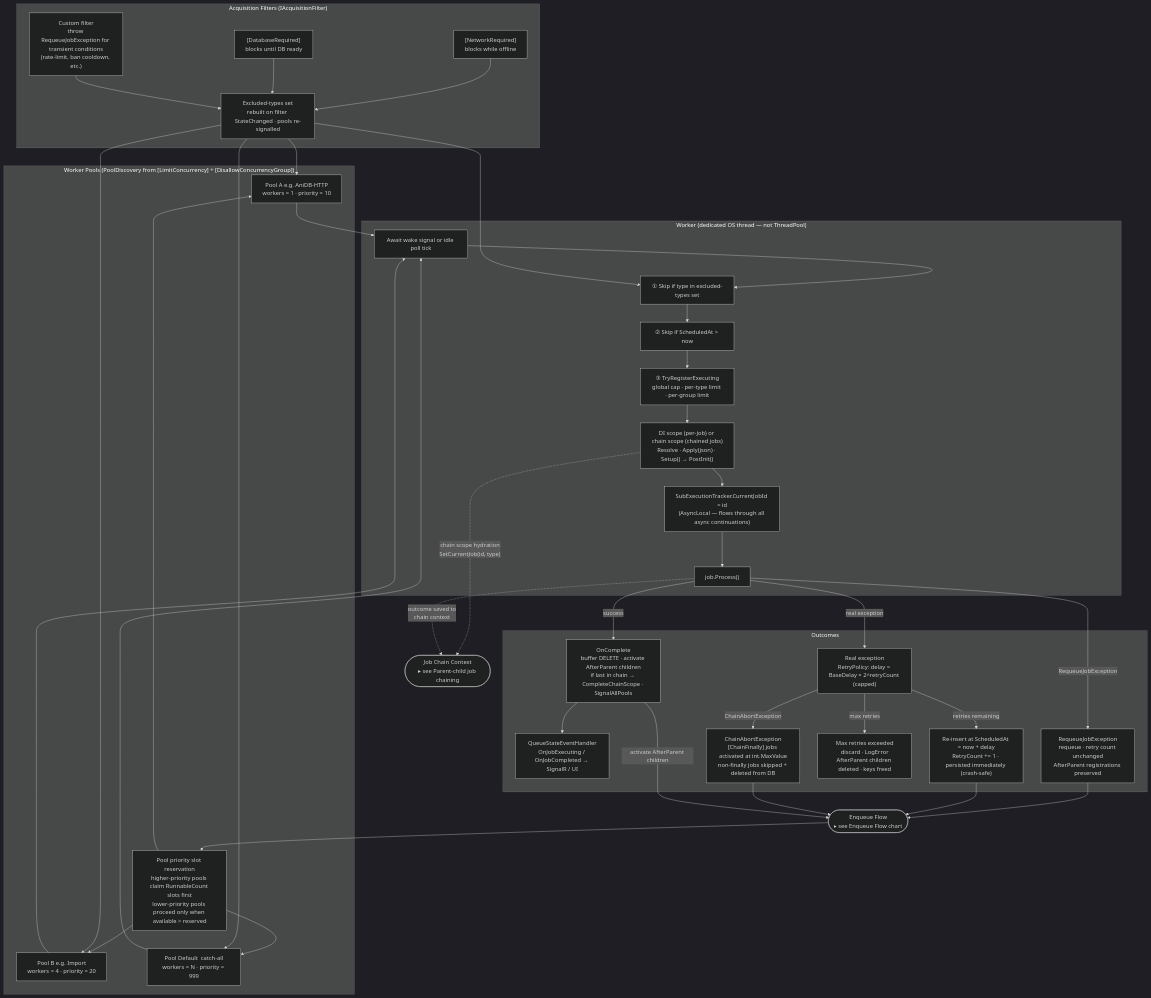
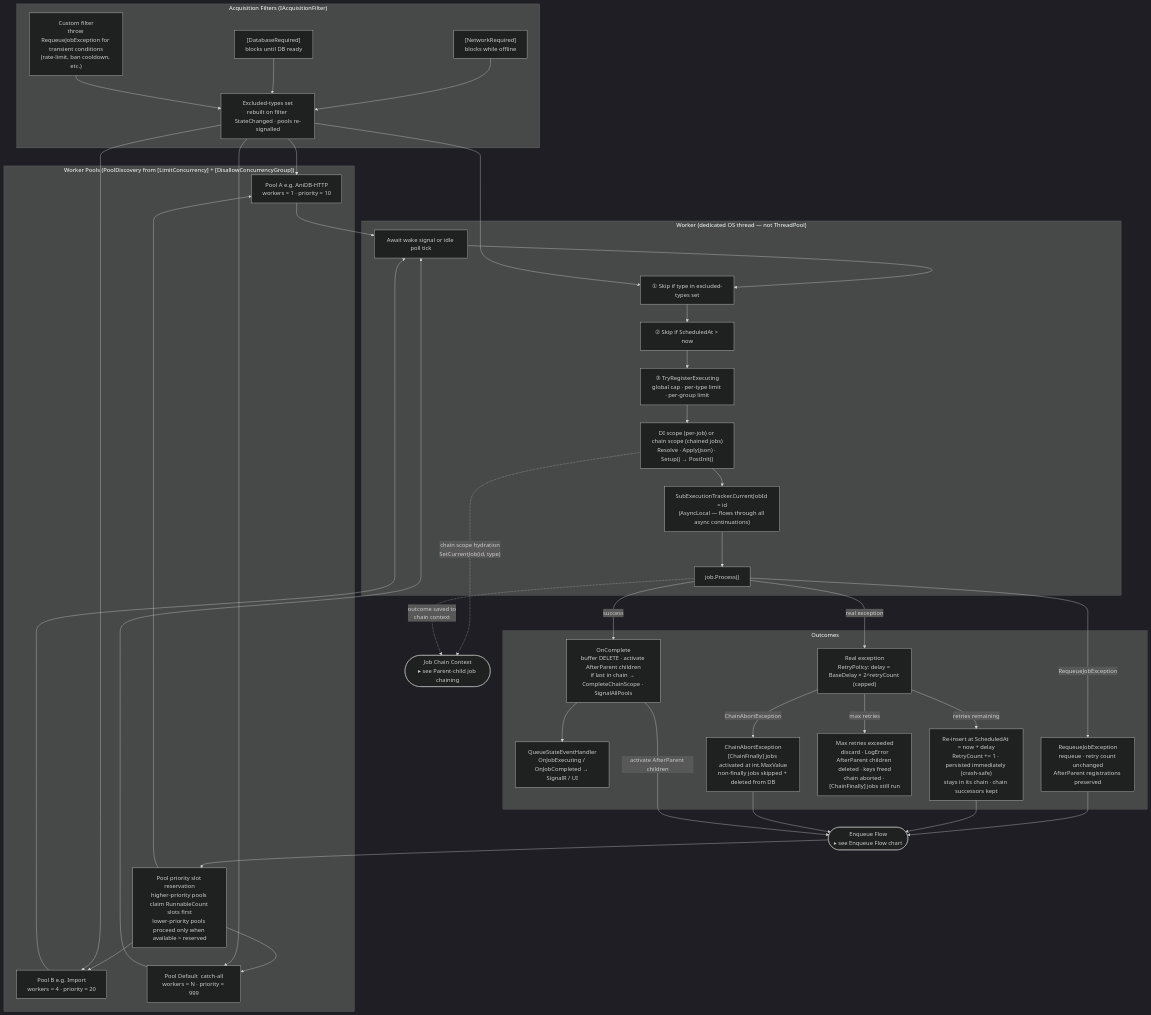
The third of 5 diagrams in Shoko.QueueProcessor/README.md (ShokoAnime/ShokoServer), drawn with Mermaid (dark theme) before and after one commit. The commit also changed other lines of this file and 1756 other files, not shown here.

````diff
--- a/Shoko.QueueProcessor/README.md
+++ b/Shoko.QueueProcessor/README.md
@@ -117,55 +117,55 @@
 ```mermaid
 flowchart TD
     subgraph AcqF["Acquisition Filters  (IAcquisitionFilter)"]
         NF["[NetworkRequired]<br/>blocks while offline"]
         DF["[DatabaseRequired]<br/>blocks until DB ready"]
         CF["Custom filter<br/>throw RequeueJobException for transient conditions<br/>(rate-limit, ban cooldown, etc.)"]
         FXS["Excluded-types set<br/>rebuilt on filter StateChanged · pools re-signalled"]
     end
 
     subgraph Pools["Worker Pools  (PoolDiscovery from [LimitConcurrency] + [DisallowConcurrencyGroup])"]
         PP["Pool priority slot reservation<br/>higher-priority pools claim RunnableCount slots first<br/>lower-priority pools proceed only when available &gt; reserved"]
         PA["Pool A  e.g. AniDB-HTTP<br/>workers = 1 · priority = 10"]
         PB["Pool B  e.g. Import<br/>workers = 4 · priority = 20"]
         PC["Pool Default  catch-all<br/>workers = N · priority = 999"]
     end
 
     subgraph WrkLoop["Worker  (dedicated OS thread — not ThreadPool)"]
         WAKE["Await wake signal or idle poll tick"]
         SFILT["① Skip if type in excluded-types set"]
         SSCHED["② Skip if ScheduledAt &gt; now"]
         CGATE["③ TryRegisterExecuting<br/>global cap · per-type limit · per-group limit"]
         DI["DI scope (per-job) or chain scope (chained jobs)<br/>Resolve · Apply(json) · Setup() → PostInit()"]
         TRCK["SubExecutionTracker.CurrentJobId = id<br/>(AsyncLocal — flows through all async continuations)"]
         PROC["job.Process()"]
     end
 
     subgraph Outcomes["Outcomes"]
         SUCC["OnComplete<br/>buffer DELETE · activate AfterParent children<br/>if last in chain → CompleteChainScope · SignalAllPools"]
         EVTS["QueueStateEventHandler<br/>OnJobExecuting / OnJobCompleted → SignalR / UI"]
         REQX["RequeueJobException<br/>requeue · retry count unchanged<br/>AfterParent registrations preserved"]
         RERR["Real exception<br/>RetryPolicy: delay = BaseDelay × 2^retryCount (capped)"]
-        RBACK["Re-insert at ScheduledAt = now + delay<br/>RetryCount += 1 · persisted immediately (crash-safe)"]
-        RDIS["Max retries exceeded<br/>discard · LogError<br/>AfterParent children deleted · keys freed"]
+        RBACK["Re-insert at ScheduledAt = now + delay<br/>RetryCount += 1 · persisted immediately (crash-safe)<br/>stays in its chain · chain successors kept"]
+        RDIS["Max retries exceeded<br/>discard · LogError<br/>AfterParent children deleted · keys freed<br/>chain aborted · [ChainFinally] jobs still run"]
         CABT["ChainAbortException<br/>[ChainFinally] jobs activated at int.MaxValue<br/>non-finally jobs skipped + deleted from DB"]
     end
 
     EFQ(["Enqueue Flow<br/>▸ see Enqueue Flow chart"])
     CCX(["Job Chain Context<br/>▸ see Parent-child job chaining"])
 
     NF & DF & CF --> FXS
     EFQ --> PP --> PA & PB & PC
     FXS --> PA & PB & PC
     PA & PB & PC --> WAKE --> SFILT
     FXS --> SFILT --> SSCHED --> CGATE --> DI
     DI -. "chain scope hydration<br/>SetCurrentJob(id, type)" .-> CCX
     DI --> TRCK --> PROC
     PROC -- "success" --> SUCC --> EVTS
     PROC -. "outcome saved to<br/>chain context" .-> CCX
     PROC -- "RequeueJobException" --> REQX --> EFQ
     PROC -- "real exception" --> RERR
     RERR -- "retries remaining" --> RBACK --> EFQ
     RERR -- "max retries" --> RDIS
     RERR -- "ChainAbortException" --> CABT --> EFQ
     SUCC -- "activate AfterParent children" --> EFQ
 ```
````
